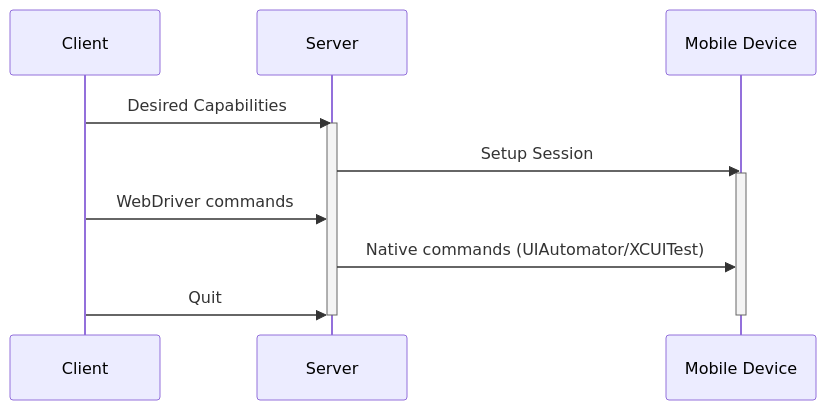
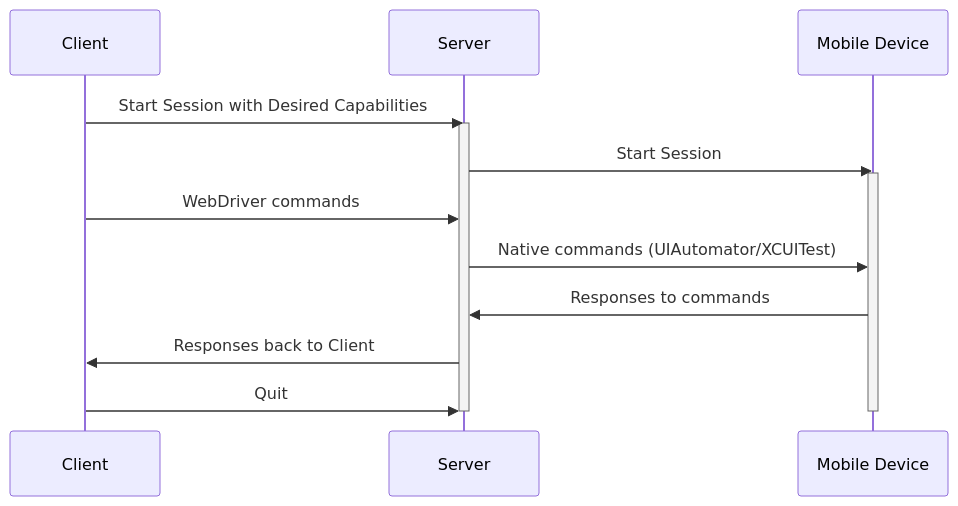
Before and after one commit to sudeepdino008/zettelkasten: the diagram in 08302521.md, drawn with Mermaid. The commit also changed other lines of this file and 21 other files, not shown here.

````diff
--- a/08302521.md
+++ b/08302521.md
@@ -17,12 +32,14 @@
 ```{.mermaid}
 sequenceDiagram
-    Client->>Server: Desired Capabilities
+    Client->>Server: Start Session with Desired Capabilities
     activate Server
-    Server->>Mobile Device: Setup Session
+    Server->>Mobile Device: Start Session
     activate Mobile Device
     Client->>Server: WebDriver commands
     Server->>Mobile Device: Native commands (UIAutomator/XCUITest)
+    Mobile Device->>Server: Responses to commands
+    Server->>Client: Responses back to Client
     Client->>Server: Quit
     deactivate Server
     deactivate Mobile Device
 ```
````
